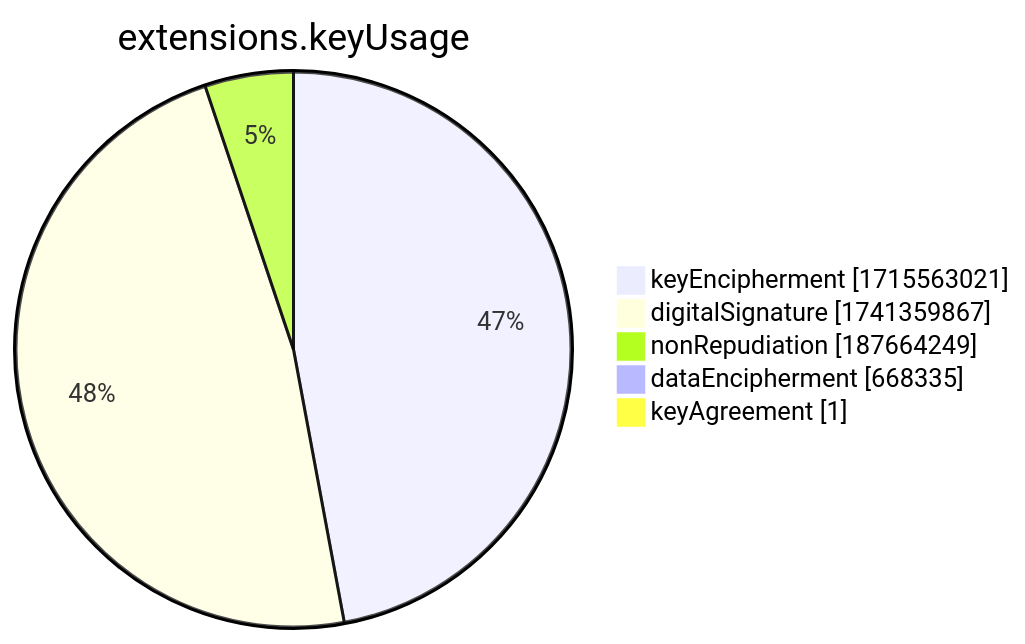
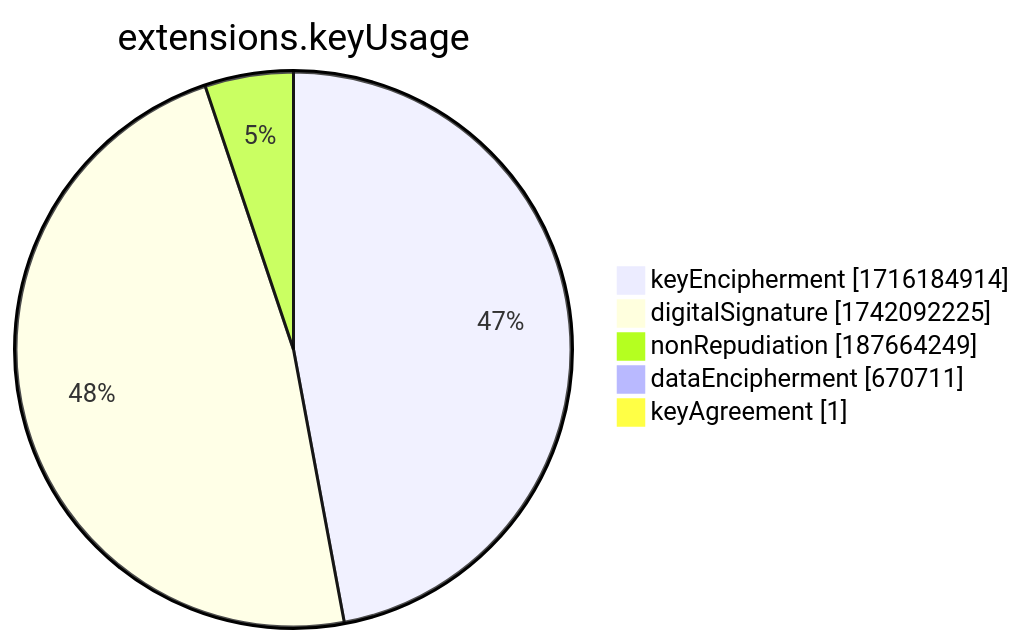
Before and after one commit to christiankrug/ctmonitor_visualization: the seventh of 15 diagrams in xenon2022/README.md, drawn with Mermaid. The commit also changed other lines of this file, not shown here.

````diff
--- a/xenon2022/README.md
+++ b/xenon2022/README.md
@@ -2858,9 +2858,9 @@
 ```mermaid
 pie showData
 title extensions.keyUsage
-"keyEncipherment" :1715563021
-"digitalSignature" :1741359867
+"keyEncipherment" :1716184914
+"digitalSignature" :1742092225
 "nonRepudiation" :187664249
-"dataEncipherment" :668335
+"dataEncipherment" :670711
 "keyAgreement" :1
 ```
````
